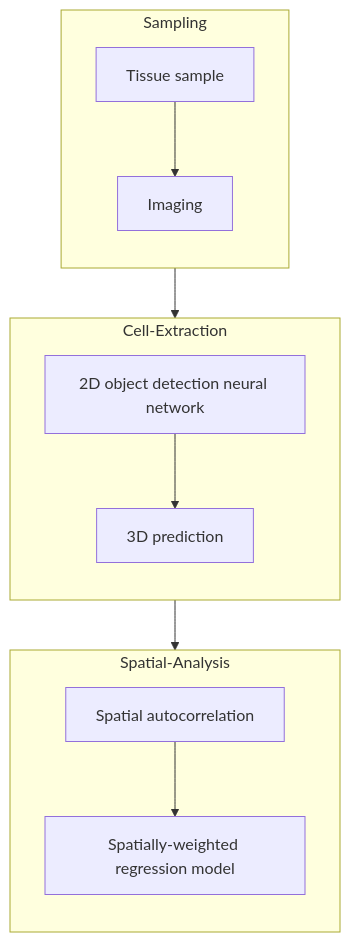
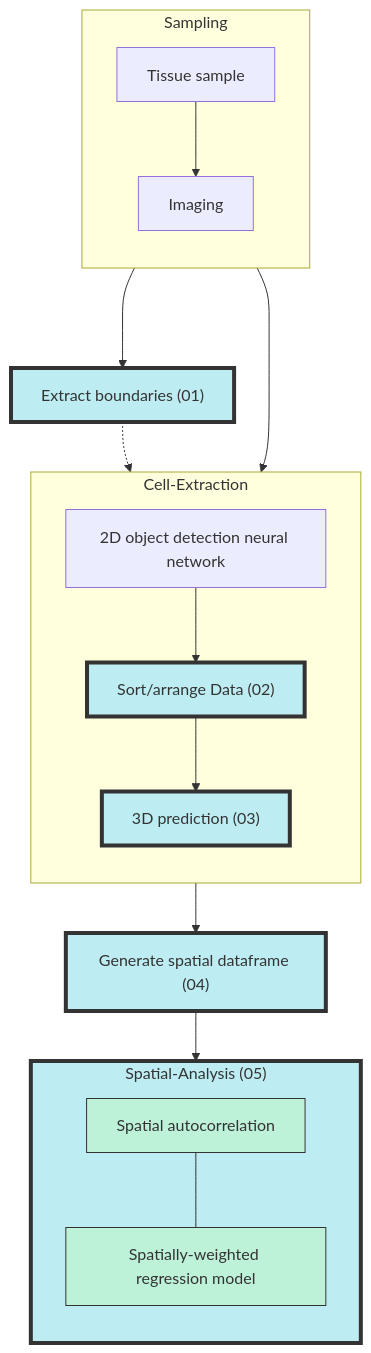
One commit to ga402/PACESS changed the diagram in README.md. Above: the diagram before and after it, drawn with Mermaid. The commit also changed other lines of this file and 30 other files, not shown here.

````diff
--- a/README.md
+++ b/README.md
@@ -9,23 +9,29 @@
 ```mermaid
 flowchart TB
 
 subgraph X[Sampling]
 direction TB
     A[Tissue sample] --> B[Imaging]
 end
 
 subgraph Y[Cell-Extraction]
 direction TB
-    C[2D object detection neural network] --> D[3D prediction]
+    C[2D object detection neural network] --> H["Sort/arrange Data (02)"] --> D["3D prediction (03)"]
 end
 
-subgraph Z[Spatial-Analysis]
+subgraph Z["Spatial-Analysis (05)\n"]
 direction TB
-    E[Spatial autocorrelation] --> F[Spatially-weighted regression model]
+    E[Spatial autocorrelation] --- F[Spatially-weighted regression model]
 end
 
-X --> Y --> Z
+X --> Y -->I["Generate spatial dataframe (04)"] --> Z
+
+X--->G["Extract boundaries (01)"] -.-> D["3D prediction (03)"]
 
 
+classDef myscripts fill:#BDEDF2,stroke:#333,stroke-width:4px
+classDef mysubscripts fill:#BDF2D9,stroke:#333
+class G,H,D,I,Z myscripts
+class E,F mysubscripts
 
 ```
````
